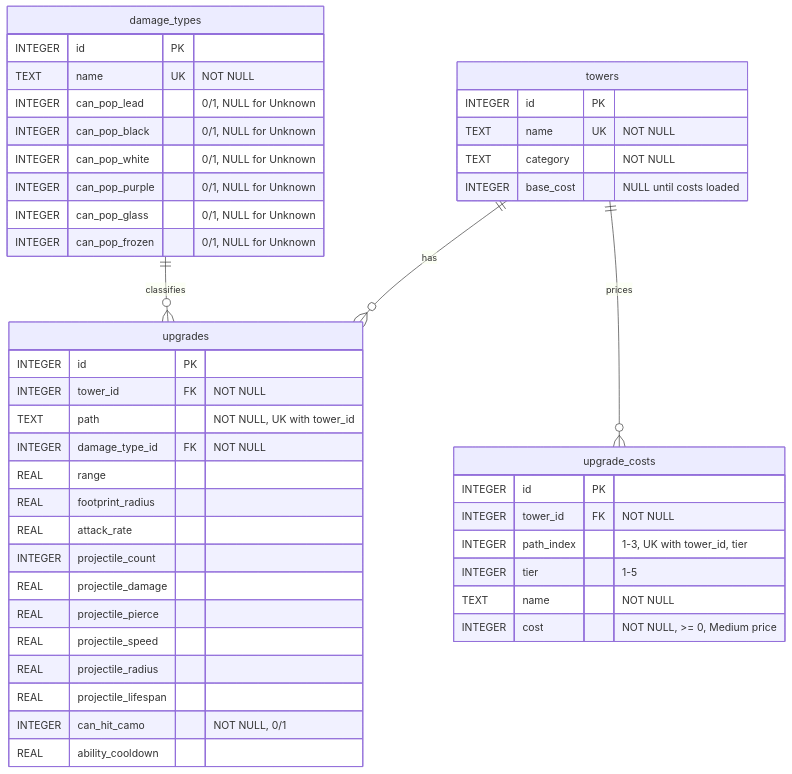
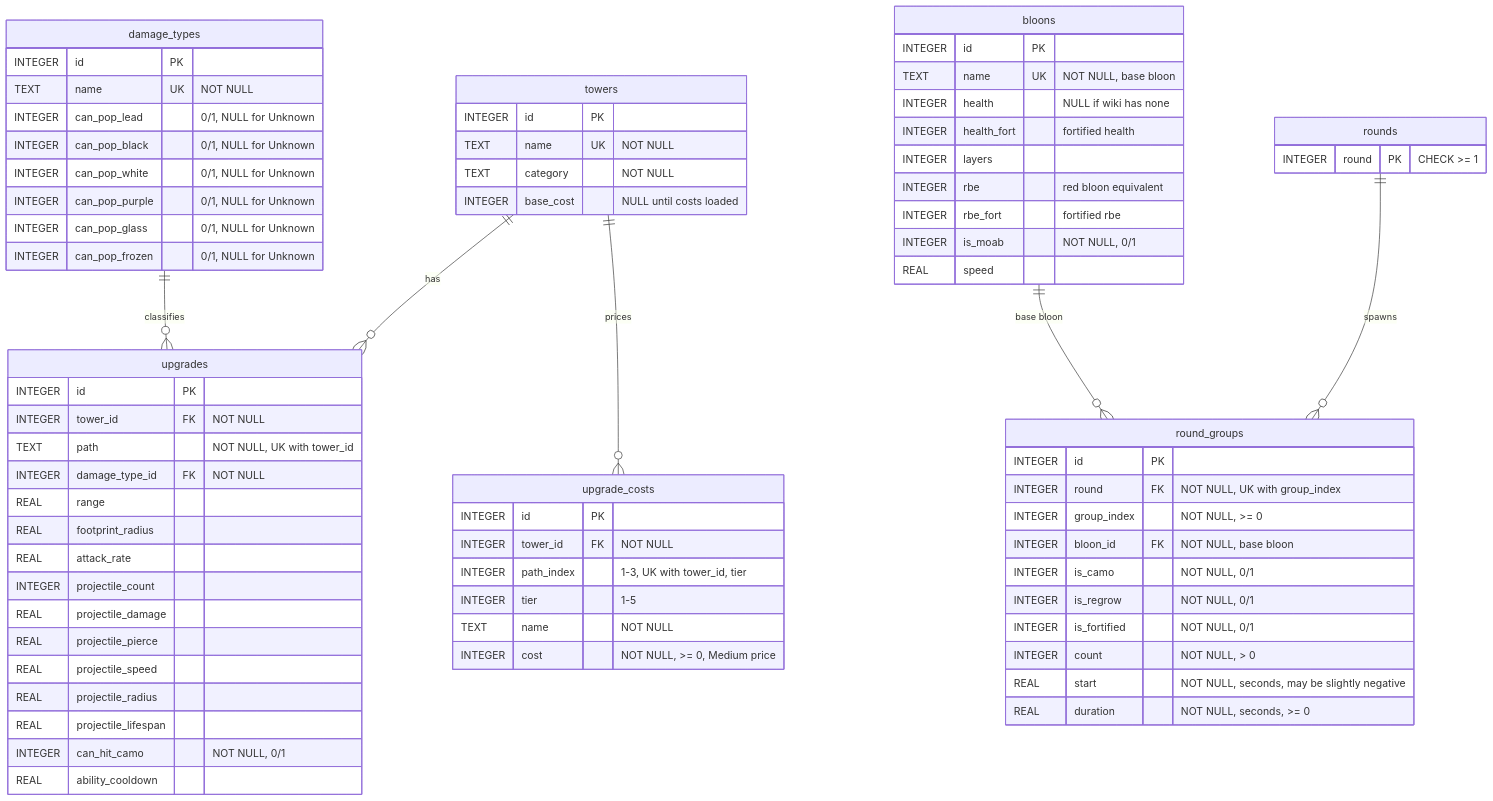
Before and after one commit to dev-iain/BloonsTD6-Stats-Database: the diagram in docs/schema.md, drawn with Mermaid. The commit also changed other lines of this file and 31 other files, not shown here.

First line of the commit message:
Add round data: bloons, rounds, loader, queries and rounds command (epic #82)

````diff
--- a/docs/schema.md
+++ b/docs/schema.md
@@ -7,48 +7,77 @@
 ```mermaid
 erDiagram
     towers ||--o{ upgrades : "has"
     damage_types ||--o{ upgrades : "classifies"
     towers ||--o{ upgrade_costs : "prices"
+    rounds ||--o{ round_groups : "spawns"
+    bloons ||--o{ round_groups : "base bloon"
+
+    bloons {
+        INTEGER id PK
+        TEXT name UK "NOT NULL, base bloon"
+        INTEGER health "NULL if wiki has none"
+        INTEGER health_fort "fortified health"
+        INTEGER layers
+        INTEGER rbe "red bloon equivalent"
+        INTEGER rbe_fort "fortified rbe"
+        INTEGER is_moab "NOT NULL, 0/1"
+        REAL speed
+    }
+    rounds {
+        INTEGER round PK "CHECK >= 1"
+    }
+    round_groups {
+        INTEGER id PK
+        INTEGER round FK "NOT NULL, UK with group_index"
+        INTEGER group_index "NOT NULL, >= 0"
+        INTEGER bloon_id FK "NOT NULL, base bloon"
+        INTEGER is_camo "NOT NULL, 0/1"
+        INTEGER is_regrow "NOT NULL, 0/1"
+        INTEGER is_fortified "NOT NULL, 0/1"
+        INTEGER count "NOT NULL, > 0"
+        REAL start "NOT NULL, seconds, may be slightly negative"
+        REAL duration "NOT NULL, seconds, >= 0"
+    }
 
     towers {
         INTEGER id PK
         TEXT name UK "NOT NULL"
         TEXT category "NOT NULL"
         INTEGER base_cost "NULL until costs loaded"
     }
     upgrade_costs {
         INTEGER id PK
         INTEGER tower_id FK "NOT NULL"
         INTEGER path_index "1-3, UK with tower_id, tier"
         INTEGER tier "1-5"
         TEXT name "NOT NULL"
         INTEGER cost "NOT NULL, >= 0, Medium price"
     }
     damage_types {
         INTEGER id PK
         TEXT name UK "NOT NULL"
         INTEGER can_pop_lead "0/1, NULL for Unknown"
         INTEGER can_pop_black "0/1, NULL for Unknown"
         INTEGER can_pop_white "0/1, NULL for Unknown"
         INTEGER can_pop_purple "0/1, NULL for Unknown"
         INTEGER can_pop_glass "0/1, NULL for Unknown"
         INTEGER can_pop_frozen "0/1, NULL for Unknown"
     }
     upgrades {
         INTEGER id PK
         INTEGER tower_id FK "NOT NULL"
         TEXT path "NOT NULL, UK with tower_id"
         INTEGER damage_type_id FK "NOT NULL"
         REAL range
         REAL footprint_radius
         REAL attack_rate
         INTEGER projectile_count
         REAL projectile_damage
         REAL projectile_pierce
         REAL projectile_speed
         REAL projectile_radius
         REAL projectile_lifespan
         INTEGER can_hit_camo "NOT NULL, 0/1"
         REAL ability_cooldown
     }
 ```
````
